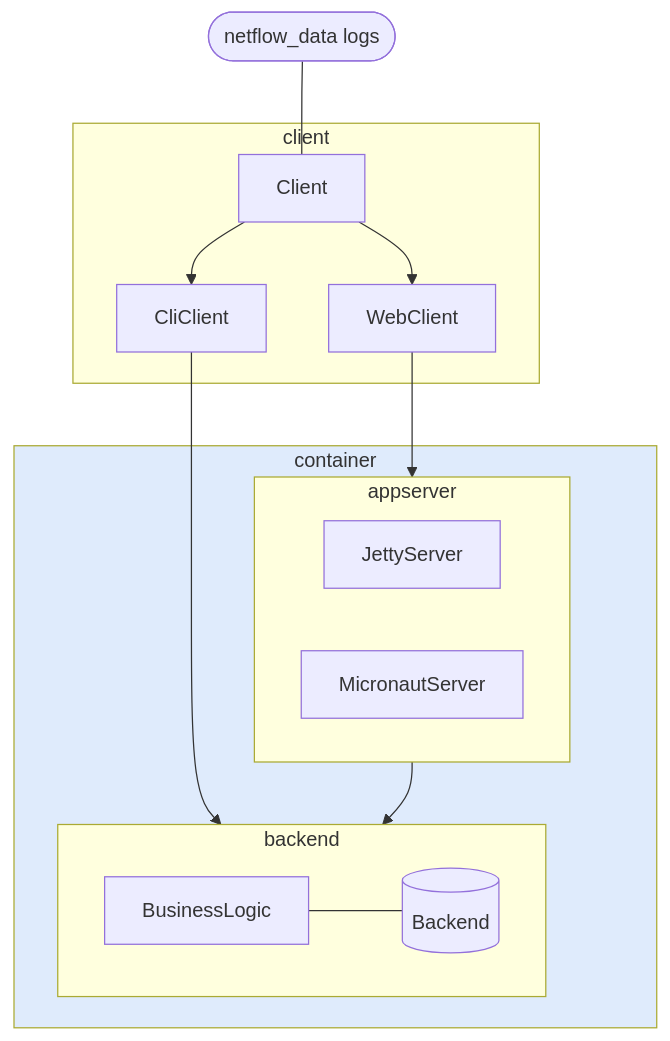
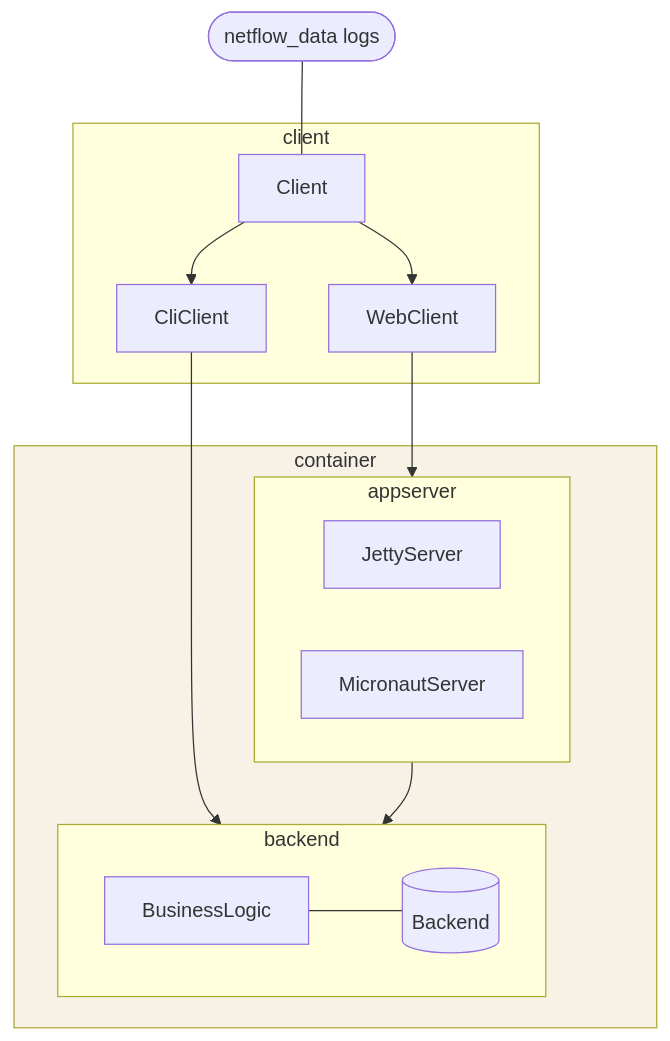
One commit to jaokim/inside-java-dumpster changed the diagram in readme.md. Above: the diagram before and after it, drawn with Mermaid.

````diff
--- a/readme.md
+++ b/readme.md
@@ -14,28 +14,28 @@
 ```mermaid
 flowchart TD
   nf([netflow_data logs]) --- Client
   WebClient --> appserver
   CliClient --> backend
   subgraph client
     Client --> WebClient
     Client --> CliClient
   end
   subgraph container
   subgraph appserver
     JettyServer
     MicronautServer
   end
   appserver --> backend
   subgraph backend
     BusinessLogic --- bd[(Backend)]
   end
   end
-  style container fill:#1f6feb24
+  style container fill:#c3a64724
   click Client "https://github.com/jaokim/inside-java-dumpster/tree/main/Client"
   click WebClient "https://github.com/jaokim/inside-java-dumpster/tree/main/WebClient"
   click CliClient "https://github.com/jaokim/inside-java-dumpster/tree/main/CliClient"
   click BusinessLogic "https://github.com/jaokim/inside-java-dumpster/tree/main/BusinessLogic"
   click Backend "https://github.com/jaokim/inside-java-dumpster/tree/main/Backend"
   click MicronautServer "https://github.com/jaokim/inside-java-dumpster/tree/main/MicronautServer"
   click JettyServer "https://github.com/jaokim/inside-java-dumpster/tree/main/JettyServer"
 ```
````
